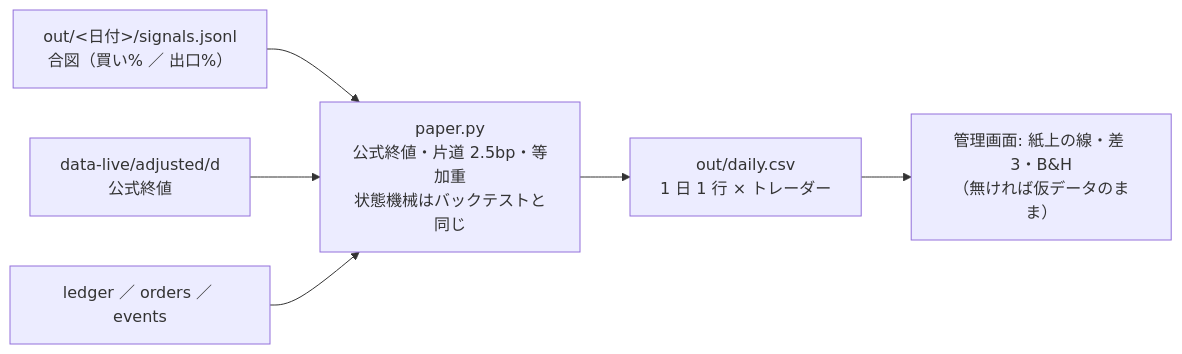
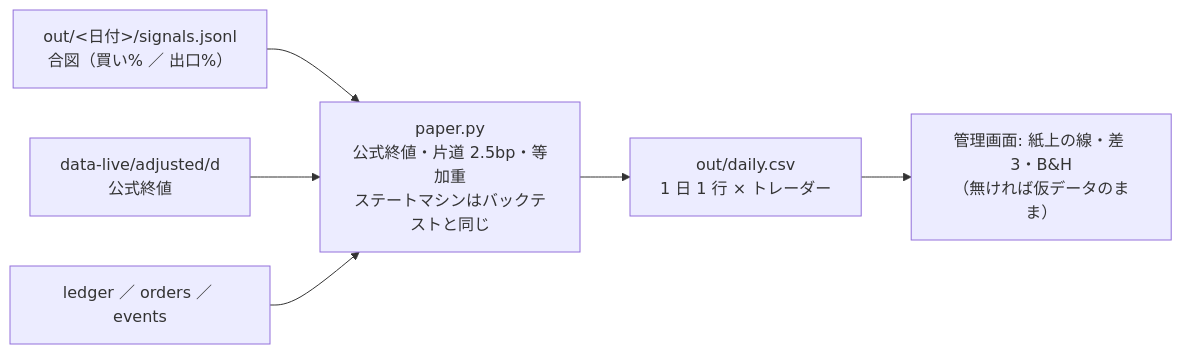
The tenth of 21 diagrams in docs/specs/experiments/live-trading.md (akiraak/ai-income-lab), drawn with Mermaid before and after one commit. The commit also changed other lines of this file and 45 other files, not shown here.

````diff
--- a/docs/specs/experiments/live-trading.md
+++ b/docs/specs/experiments/live-trading.md
@@ -896,8 +896,8 @@
 ```mermaid
 flowchart LR
-  S["out/<日付>/signals.jsonl<br/>合図（買い% ／ 出口%）"] --> P["paper.py<br/>公式終値・片道 2.5bp・等加重<br/>状態機械はバックテストと同じ"]
+  S["out/<日付>/signals.jsonl<br/>合図（買い% ／ 出口%）"] --> P["paper.py<br/>公式終値・片道 2.5bp・等加重<br/>ステートマシンはバックテストと同じ"]
   C["data-live/adjusted/d<br/>公式終値"] --> P
   L["ledger ／ orders ／ events"] --> P
   P --> D["out/daily.csv<br/>1 日 1 行 × トレーダー"]
   D --> V["管理画面: 紙上の線・差 3・B&H<br/>（無ければ仮データのまま）"]
 ```
````
